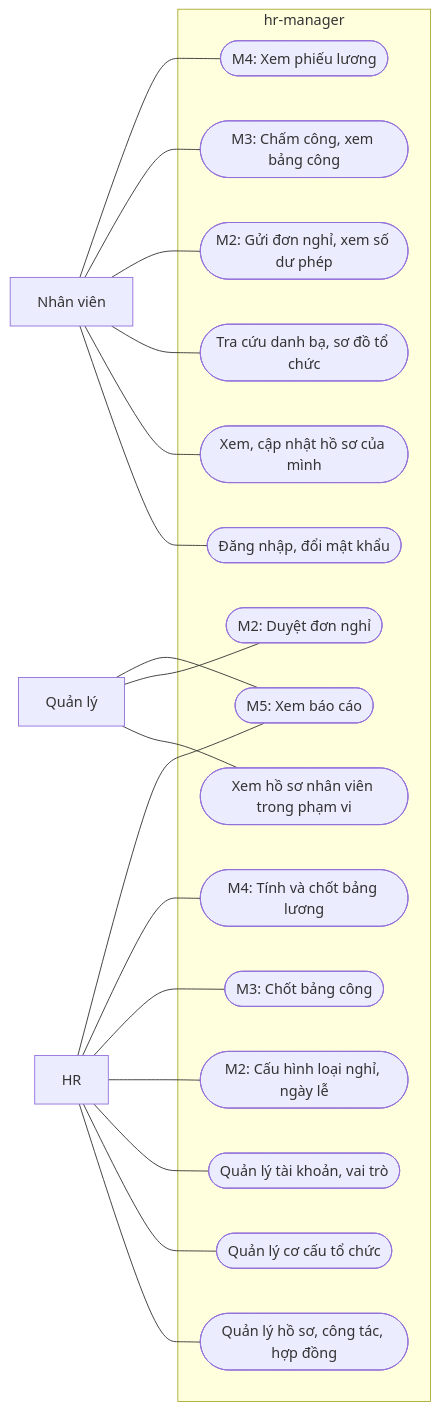
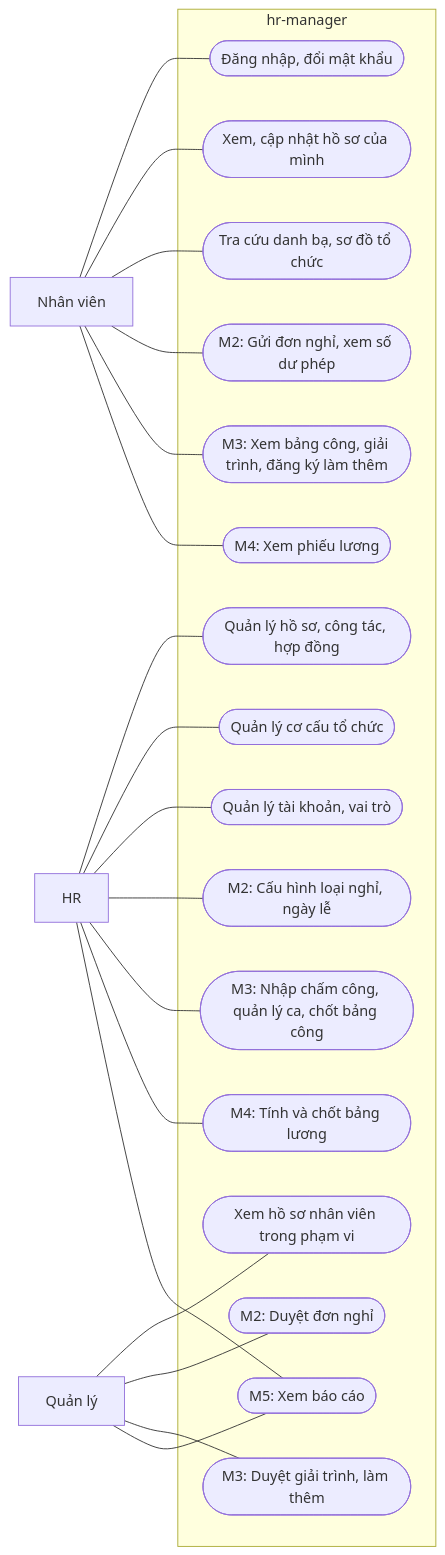
One commit to pbaodev/hr-manager changed the diagram in docs/requirements.md. Above: the diagram before and after it, drawn with Mermaid. The commit also changed other lines of this file and 4 other files, not shown here.

Commit message:
docs(analysis): phân tích M3 chấm công (#19)

````diff
--- a/docs/requirements.md
+++ b/docs/requirements.md
@@ -63,26 +70,27 @@
 ```mermaid
 flowchart LR
   NV["Nhân viên"]
   QL["Quản lý"]
   HR["HR"]
   subgraph SYS["hr-manager"]
     U1(["Đăng nhập, đổi mật khẩu"])
     U2(["Xem, cập nhật hồ sơ của mình"])
     U3(["Tra cứu danh bạ, sơ đồ tổ chức"])
     U4(["Xem hồ sơ nhân viên trong phạm vi"])
     U5(["Quản lý hồ sơ, công tác, hợp đồng"])
     U6(["Quản lý cơ cấu tổ chức"])
     U7(["Quản lý tài khoản, vai trò"])
     L1(["M2: Gửi đơn nghỉ, xem số dư phép"])
     L2(["M2: Duyệt đơn nghỉ"])
     L3(["M2: Cấu hình loại nghỉ, ngày lễ"])
-    A1(["M3: Chấm công, xem bảng công"])
-    A2(["M3: Chốt bảng công"])
+    A1(["M3: Xem bảng công, giải trình, đăng ký làm thêm"])
+    A2(["M3: Nhập chấm công, quản lý ca, chốt bảng công"])
+    A3(["M3: Duyệt giải trình, làm thêm"])
     P1(["M4: Xem phiếu lương"])
     P2(["M4: Tính và chốt bảng lương"])
     R1(["M5: Xem báo cáo"])
   end
   NV --- U1 & U2 & U3 & L1 & A1 & P1
-  QL --- U4 & L2 & R1
+  QL --- U4 & L2 & A3 & R1
   HR --- U5 & U6 & U7 & L3 & A2 & P2 & R1
 ```
````
